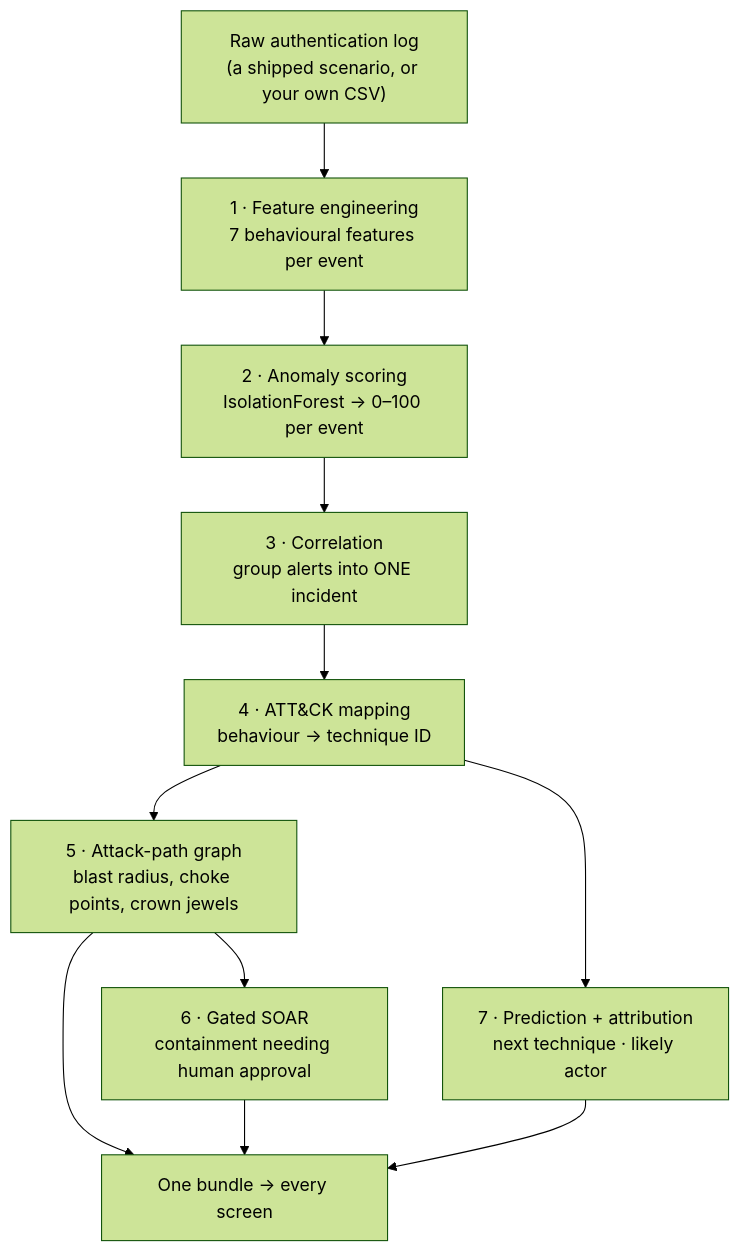
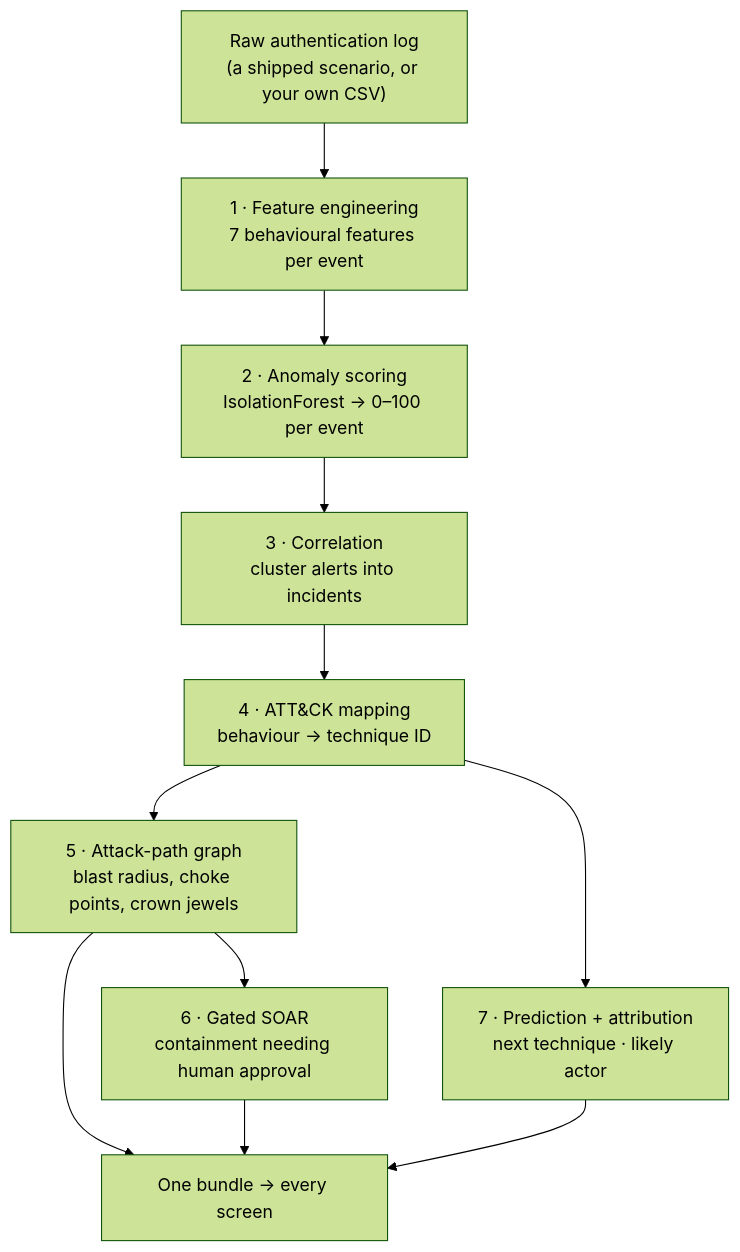
One commit to RishiiGamer2201/resilience-graph-ai changed the first of 2 diagrams in EXPLAINER.md. Above: the diagram before and after it, drawn with Mermaid (forest theme). The commit also changed other lines of this file and 8 other files, not shown here.

First line of the commit message:
docs: the "one incident" story was the return shape, not a finding

````diff
--- a/EXPLAINER.md
+++ b/EXPLAINER.md
@@ -153,14 +153,14 @@
 ```mermaid
 flowchart TB
   IN["Raw authentication log<br/>(a shipped scenario, or your own CSV)"]
   IN --> F["1 · Feature engineering<br/>7 behavioural features per event"]
   F --> S["2 · Anomaly scoring<br/>IsolationForest → 0–100 per event"]
-  S --> C["3 · Correlation<br/>group alerts into ONE incident"]
+  S --> C["3 · Correlation<br/>cluster alerts into incidents"]
   C --> M["4 · ATT&CK mapping<br/>behaviour → technique ID"]
   M --> G["5 · Attack-path graph<br/>blast radius, choke points, crown jewels"]
   G --> R["6 · Gated SOAR<br/>containment needing human approval"]
   M --> P["7 · Prediction + attribution<br/>next technique · likely actor"]
   G --> OUT["One bundle → every screen"]
   R --> OUT
   P --> OUT
 ```
````
